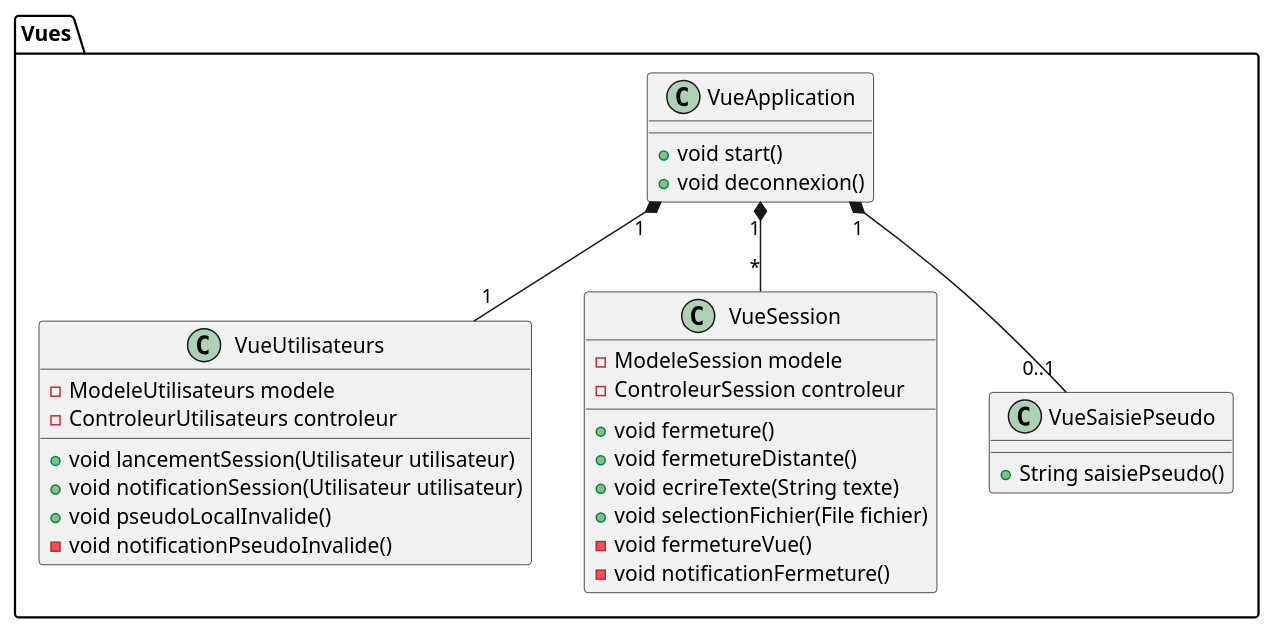
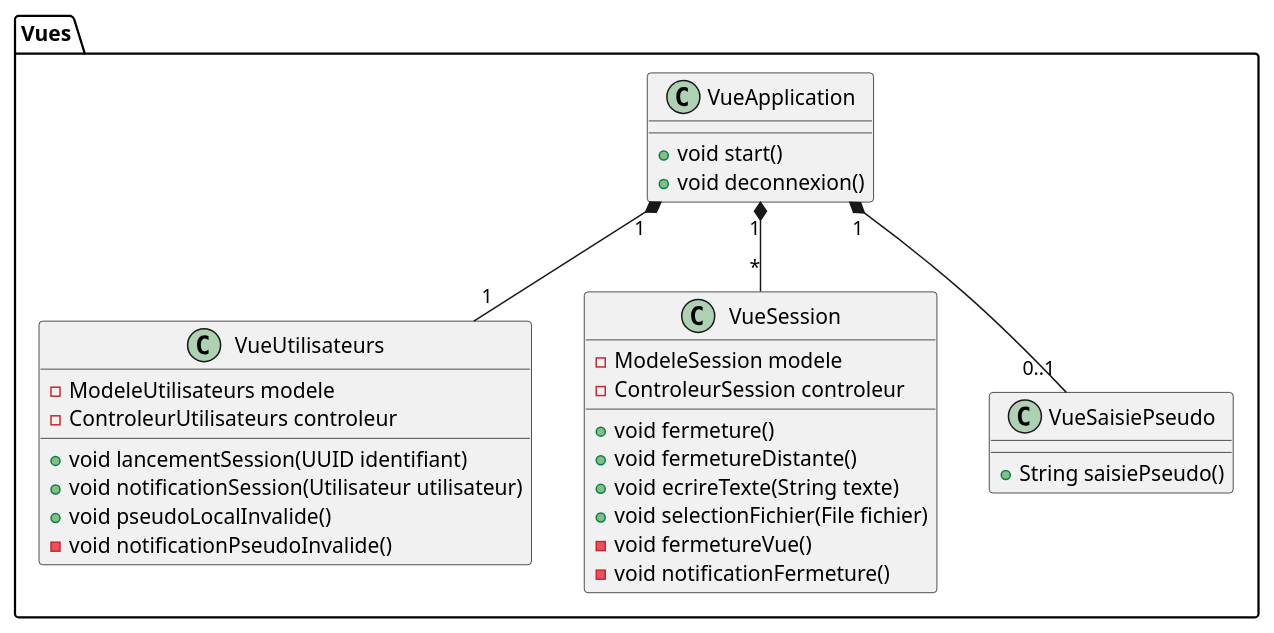
Before and after one commit to arc-hugo/clavardage_uml: the diagram in classe/vues.wsd, drawn with PlantUML. The commit also changed 1 other file, not shown here.

```diff
--- a/classe/vues.wsd
+++ b/classe/vues.wsd
@@ -1,33 +1,33 @@
 @startuml vues
 package "Vues" {   
     class VueUtilisateurs { 
         - ModeleUtilisateurs modele        
         - ControleurUtilisateurs controleur
-        + void lancementSession(Utilisateur utilisateur)
+        + void lancementSession(UUID identifiant)
         + void notificationSession(Utilisateur utilisateur)
         + void pseudoLocalInvalide()
         - void notificationPseudoInvalide()
      }    
      class VueSession {      
         - ModeleSession modele        
         - ControleurSession controleur
         + void fermeture()        
         + void fermetureDistante()
         + void ecrireTexte(String texte)        
         + void selectionFichier(File fichier)   
         - void fermetureVue()
         - void notificationFermeture()
     }    
     class VueSaisiePseudo {
         + String saisiePseudo()
     } 
     class VueApplication {     
         + void start()
         + void deconnexion()
     }    
     
     VueApplication "1" *-- "1"  VueUtilisateurs
     VueApplication "1" *-- "*"  VueSession   
      VueApplication "1" *-- "0..1" VueSaisiePseudo 
 }
 @enduml
```
